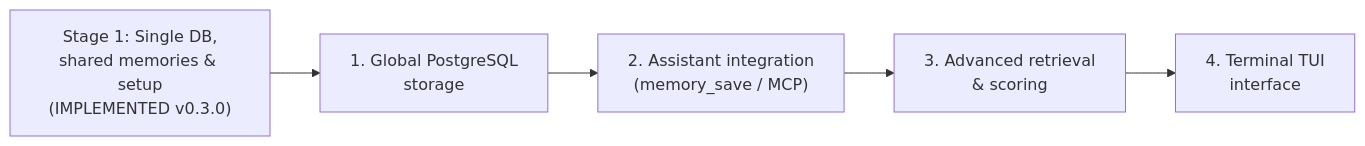
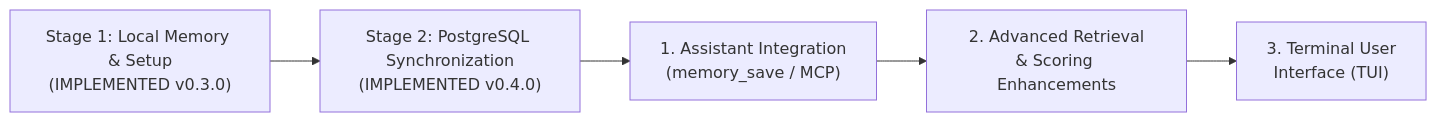
One commit to jotredev/forge614-engram changed the diagram in docs/en/08-boundaries-and-roadmap.md. Above: the diagram before and after it, drawn with Mermaid. The commit also changed other lines of this file and 39 other files, not shown here.

First line of the commit message:
Add optional direct PostgreSQL synchronization to Forge614 Engram

````diff
--- a/docs/en/08-boundaries-and-roadmap.md
+++ b/docs/en/08-boundaries-and-roadmap.md
@@ -128,7 +138,7 @@
 ```mermaid
 flowchart LR
-    E1["Stage 1: Single DB,<br>shared memories & setup<br>(IMPLEMENTED v0.3.0)"] --> P1["1. Global PostgreSQL<br>storage"]
-    P1 --> P2["2. Assistant integration<br>(memory_save / MCP)"]
-    P2 --> P3["3. Advanced retrieval<br>& scoring"]
-    P3 --> P4["4. Terminal TUI<br>interface"]
+    E1["Stage 1: Local Memory & Setup<br>(IMPLEMENTED v0.3.0)"] --> E2["Stage 2: PostgreSQL Synchronization<br>(IMPLEMENTED v0.4.0)"]
+    E2 --> P1["1. Assistant Integration<br>(memory_save / MCP)"]
+    P1 --> P2["2. Advanced Retrieval<br>& Scoring Enhancements"]
+    P2 --> P3["3. Terminal User<br>Interface (TUI)"]
 ```
````
